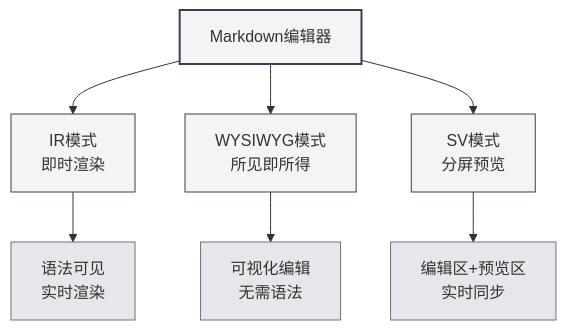
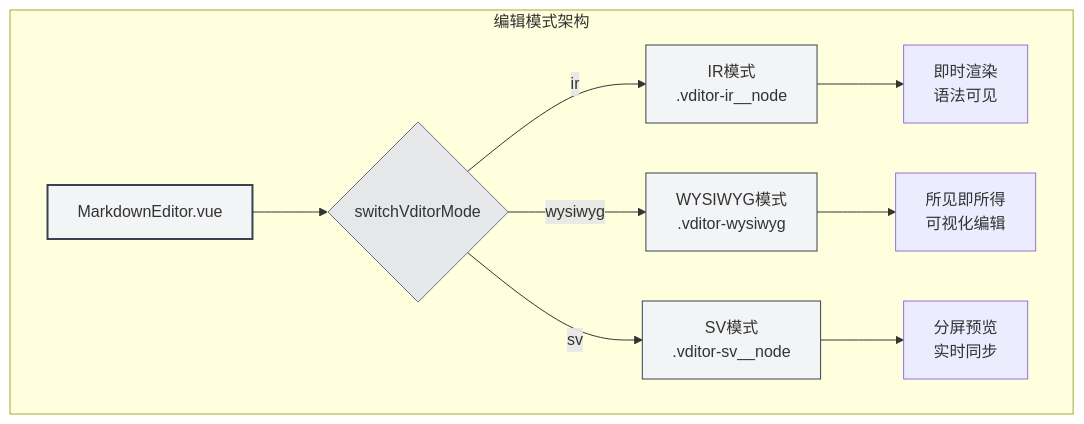
One commit to JaredYe04/MetaDoc changed the first of 4 diagrams in meta-doc/src/renderer/src/manuals/zh_CN/markdown/editor.md. Above: the diagram before and after it, drawn with Mermaid. The commit also changed other lines of this file and 11 other files, not shown here.

First line of the commit message:
docs: 完善用户手册文档，添加Demo组件和图表

````diff
--- a/meta-doc/src/renderer/src/manuals/zh_CN/markdown/editor.md
+++ b/meta-doc/src/renderer/src/manuals/zh_CN/markdown/editor.md
@@ -21,16 +48,17 @@
 ```mermaid
 graph TB
-    A[Markdown编辑器] --> B[IR模式<br/>即时渲染]
-    A --> C[WYSIWYG模式<br/>所见即所得]
-    A --> D[SV模式<br/>分屏预览]
-    B --> E[语法可见<br/>实时渲染]
-    C --> F[可视化编辑<br/>无需语法]
-    D --> G[编辑区+预览区<br/>实时同步]
+    subgraph 编辑模式架构
+        A[MarkdownEditor.vue] --> B{switchVditorMode}
+        B -->|ir| C[IR模式<br/>.vditor-ir__node]
+        B -->|wysiwyg| D[WYSIWYG模式<br/>.vditor-wysiwyg]
+        B -->|sv| E[SV模式<br/>.vditor-sv__node]
+        C --> F[即时渲染<br/>语法可见]
+        D --> G[所见即所得<br/>可视化编辑]
+        E --> H[分屏预览<br/>实时同步]
+    end
     style A fill:#f3f4f6,stroke:#374151,stroke-width:2px
-    style B fill:#f3f4f6,stroke:#374151
+    style B fill:#e5e7eb,stroke:#6b7280
     style C fill:#f3f4f6,stroke:#374151
     style D fill:#f3f4f6,stroke:#374151
-    style E fill:#e5e7eb,stroke:#6b7280
-    style F fill:#e5e7eb,stroke:#6b7280
-    style G fill:#e5e7eb,stroke:#6b7280
+    style E fill:#f3f4f6,stroke:#374151
 ```
````
